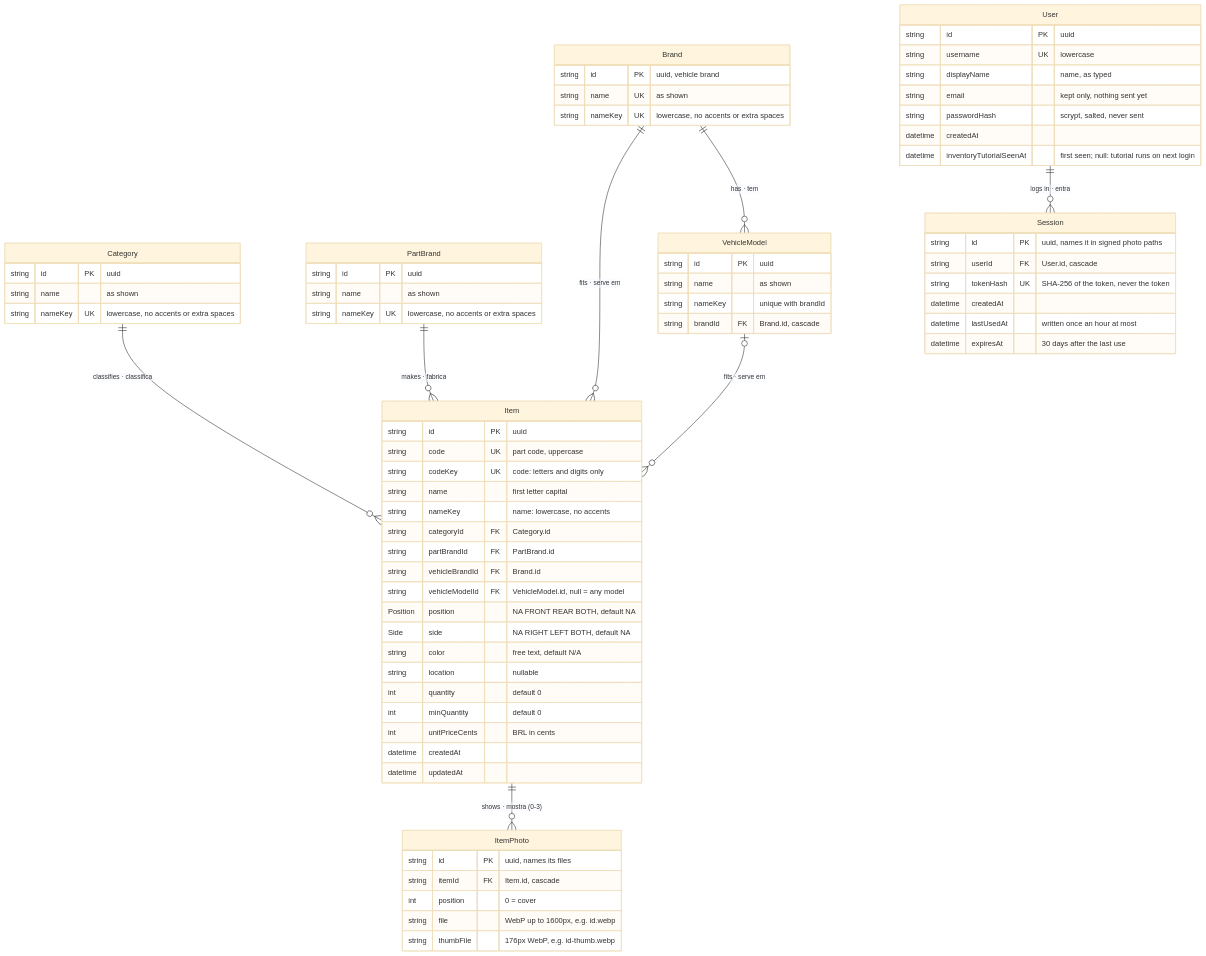
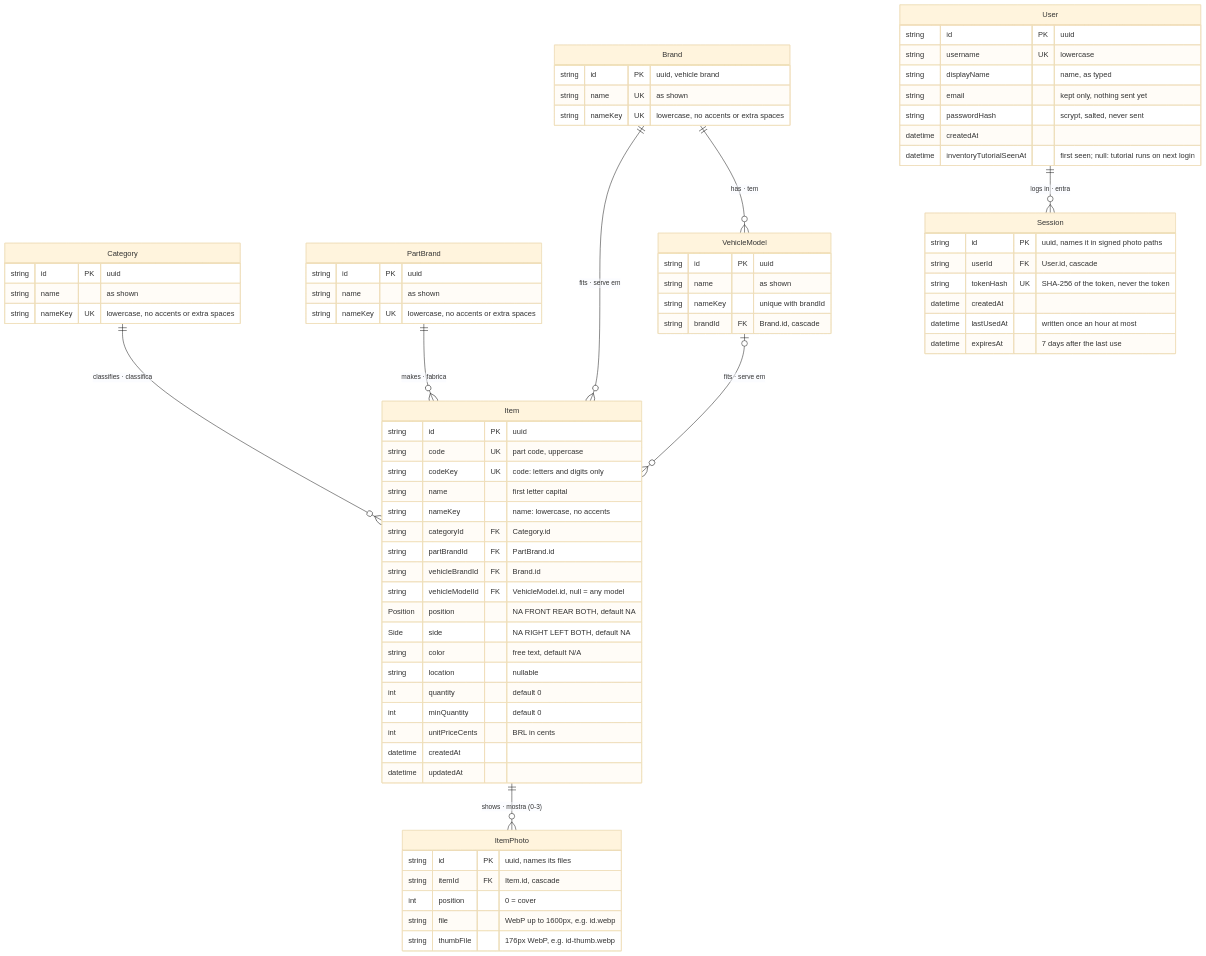
The diagram in docs/database.md (ChrisCamilo/apc-universal-repair), drawn with Mermaid (base theme) before and after one commit. The commit also changed other lines of this file and 2 other files, not shown here.

Commit message:
docs: Say sessions last 7 days

````diff
--- a/docs/database.md
+++ b/docs/database.md
@@ -11,76 +11,76 @@
 ```mermaid
 erDiagram
     Category ||--o{ Item : "classifies · classifica"
     PartBrand ||--o{ Item : "makes · fabrica"
     Brand ||--o{ Item : "fits · serve em"
     Brand ||--o{ VehicleModel : "has · tem"
     VehicleModel |o--o{ Item : "fits · serve em"
     Item ||--o{ ItemPhoto : "shows · mostra (0-3)"
     User ||--o{ Session : "logs in · entra"
 
     Item {
         string id PK "uuid"
         string code UK "part code, uppercase"
         string codeKey UK "code: letters and digits only"
         string name "first letter capital"
         string nameKey "name: lowercase, no accents"
         string categoryId FK "Category.id"
         string partBrandId FK "PartBrand.id"
         string vehicleBrandId FK "Brand.id"
         string vehicleModelId FK "VehicleModel.id, null = any model"
         Position position "NA FRONT REAR BOTH, default NA"
         Side side "NA RIGHT LEFT BOTH, default NA"
         string color "free text, default N/A"
         string location "nullable"
         int quantity "default 0"
         int minQuantity "default 0"
         int unitPriceCents "BRL in cents"
         datetime createdAt
         datetime updatedAt
     }
     ItemPhoto {
         string id PK "uuid, names its files"
         string itemId FK "Item.id, cascade"
         int position "0 = cover"
         string file "WebP up to 1600px, e.g. id.webp"
         string thumbFile "176px WebP, e.g. id-thumb.webp"
     }
     Category {
         string id PK "uuid"
         string name "as shown"
         string nameKey UK "lowercase, no accents or extra spaces"
     }
     PartBrand {
         string id PK "uuid"
         string name "as shown"
         string nameKey UK "lowercase, no accents or extra spaces"
     }
     Brand {
         string id PK "uuid, vehicle brand"
         string name UK "as shown"
         string nameKey UK "lowercase, no accents or extra spaces"
     }
     VehicleModel {
         string id PK "uuid"
         string name "as shown"
         string nameKey "unique with brandId"
         string brandId FK "Brand.id, cascade"
     }
     User {
         string id PK "uuid"
         string username UK "lowercase"
         string displayName "name, as typed"
         string email "kept only, nothing sent yet"
         string passwordHash "scrypt, salted, never sent"
         datetime createdAt
         datetime inventoryTutorialSeenAt "first seen; null: tutorial runs on next login"
     }
     Session {
         string id PK "uuid, names it in signed photo paths"
         string userId FK "User.id, cascade"
         string tokenHash UK "SHA-256 of the token, never the token"
         datetime createdAt
         datetime lastUsedAt "written once an hour at most"
-        datetime expiresAt "30 days after the last use"
+        datetime expiresAt "7 days after the last use"
     }
 ```
````
